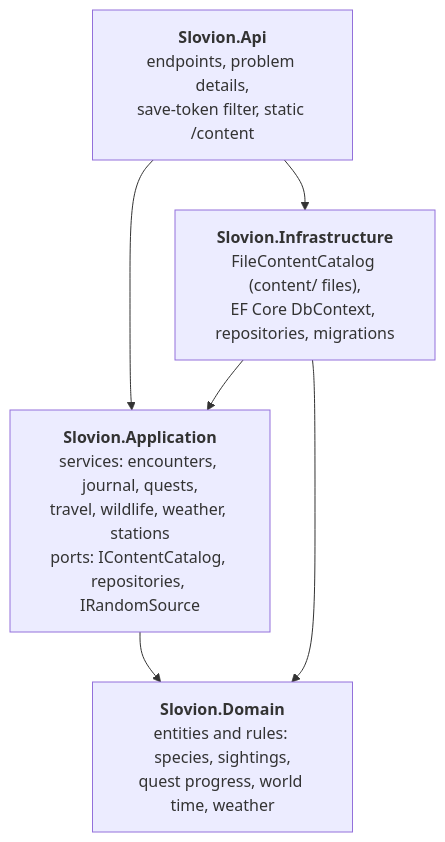
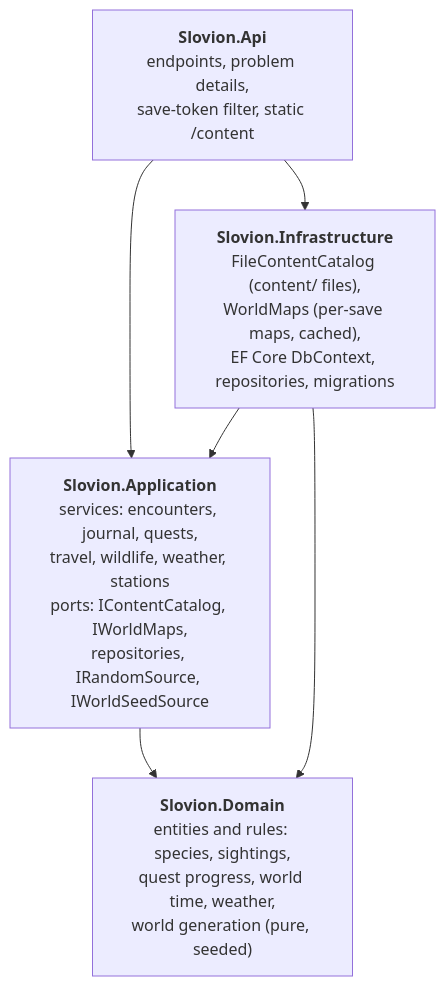
One commit to David-Letonja-CTG/Slovion changed the second of 8 diagrams in docs/architecture.md. Above: the diagram before and after it, drawn with Mermaid. The commit also changed other lines of this file and 11 other files, not shown here.

First line of the commit message:
World generation phase 1: docs, D13, E2E with a fixed seed

````diff
--- a/docs/architecture.md
+++ b/docs/architecture.md
@@ -68,13 +68,13 @@
 ```mermaid
 flowchart TB
   Api["<b>Slovion.Api</b><br/>endpoints, problem details,<br/>save-token filter, static /content"]
-  App["<b>Slovion.Application</b><br/>services: encounters, journal, quests,<br/>travel, wildlife, weather, stations<br/>ports: IContentCatalog, repositories, IRandomSource"]
-  Domain["<b>Slovion.Domain</b><br/>entities and rules: species, sightings,<br/>quest progress, world time, weather"]
-  Infra["<b>Slovion.Infrastructure</b><br/>FileContentCatalog (content/ files),<br/>EF Core DbContext, repositories, migrations"]
+  App["<b>Slovion.Application</b><br/>services: encounters, journal, quests,<br/>travel, wildlife, weather, stations<br/>ports: IContentCatalog, IWorldMaps,<br/>repositories, IRandomSource, IWorldSeedSource"]
+  Domain["<b>Slovion.Domain</b><br/>entities and rules: species, sightings,<br/>quest progress, world time, weather,<br/>world generation (pure, seeded)"]
+  Infra["<b>Slovion.Infrastructure</b><br/>FileContentCatalog (content/ files),<br/>WorldMaps (per-save maps, cached),<br/>EF Core DbContext, repositories, migrations"]
 
   Api --> App
   Api --> Infra
   App --> Domain
   Infra --> App
   Infra --> Domain
 ```
````
